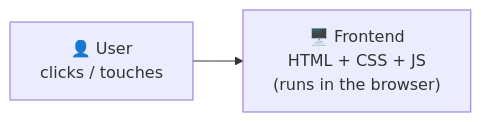
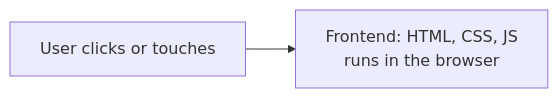
The third of 9 diagrams in 01-web-fundamentals/README.md (saikot05/backend-zero-to-expert), drawn with Mermaid before and after one commit. The commit also changed other lines of this file, not shown here.

Commit message:
docs: simplify all mermaid diagrams in 01 part 1

````diff
--- a/01-web-fundamentals/README.md
+++ b/01-web-fundamentals/README.md
@@ -116,4 +114,4 @@
 ```mermaid
 flowchart LR
-    U["👤 User<br/>clicks / touches"] --> UI["🖥️ Frontend<br/>HTML + CSS + JS<br/>(runs in the browser)"]
+    U["User clicks or touches"] --> UI["Frontend: HTML, CSS, JS<br/>runs in the browser"]
 ```
````
